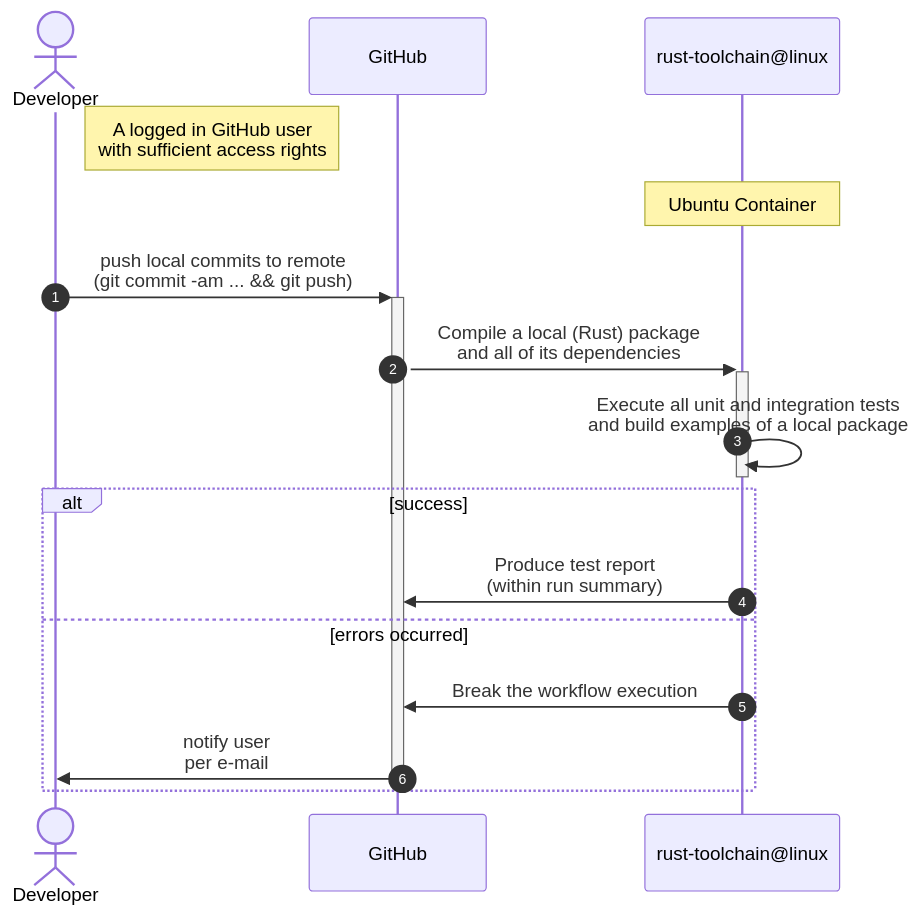
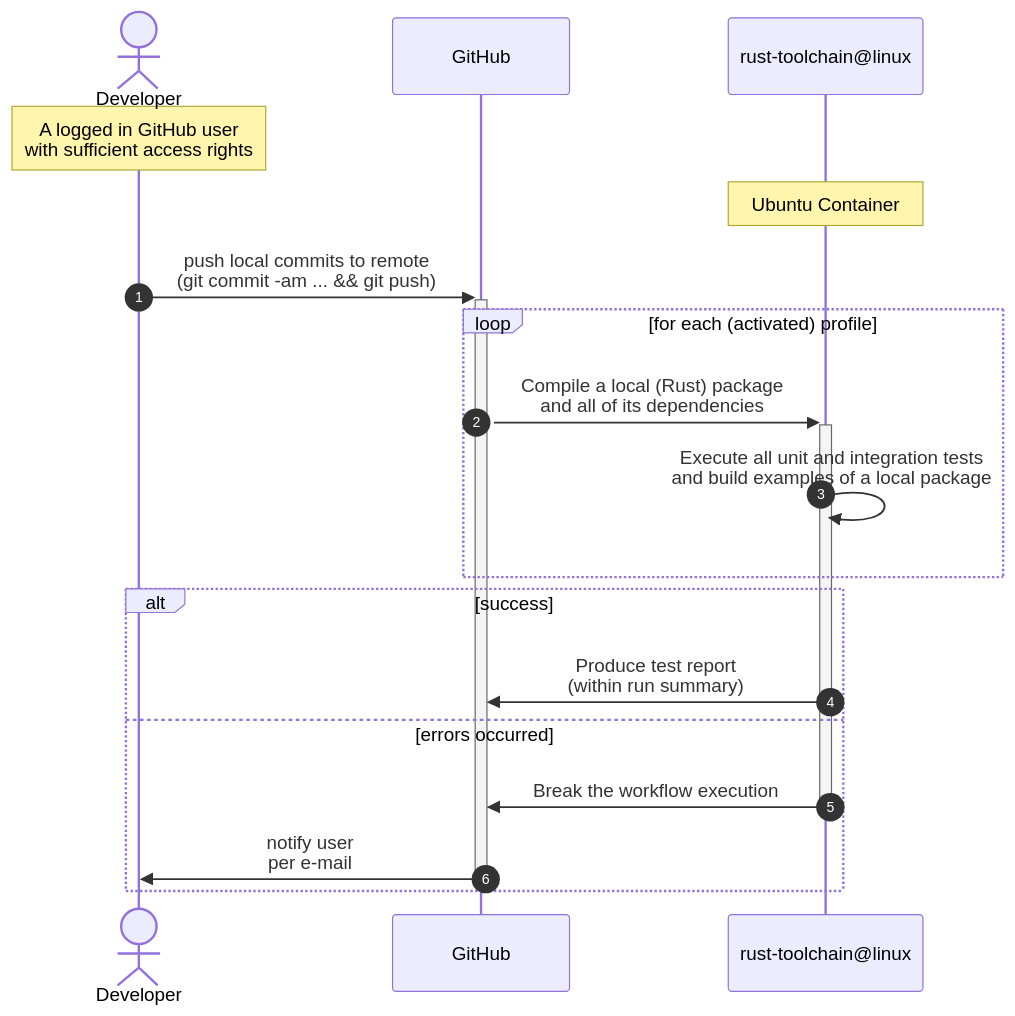
Before and after one commit to swiyu-admin-ch/github-actions-workflows: the third of 4 diagrams in README.md, drawn with Mermaid. The commit also changed other lines of this file, not shown here.

````diff
--- a/README.md
+++ b/README.md
@@ -84,23 +82,25 @@
 ```mermaid
 sequenceDiagram
     autonumber
 
     actor dev as Developer
     participant gh as GitHub
     participant rust   as rust-toolchain@linux
 
-    %%Note over dev,CodeQL: The user must be logged in
-    Note right of dev: A logged in GitHub user<br> with sufficient access rights
+    Note over dev: A logged in GitHub user<br> with sufficient access rights
     Note over rust,rust: Ubuntu Container
 
     dev    ->>+ gh: push local commits to remote<br>(git commit -am ... && git push)
-    gh     ->>+ rust: Compile a local (Rust) package<br> and all of its dependencies
-    rust   ->>- rust: Execute all unit and integration tests<br> and build examples of a local package
+
+    loop for each (activated) profile
+        gh     ->>+ rust: Compile a local (Rust) package<br> and all of its dependencies
+        rust   ->> rust: Execute all unit and integration tests<br> and build examples of a local package
+    end
 
     alt success
         rust ->> gh: Produce test report<br> (within run summary)
     else errors occurred
-        rust ->> gh: Break the workflow execution
+        rust ->>- gh: Break the workflow execution
         gh   ->>- dev: notify user<br>per e-mail
     end
 ```
````
